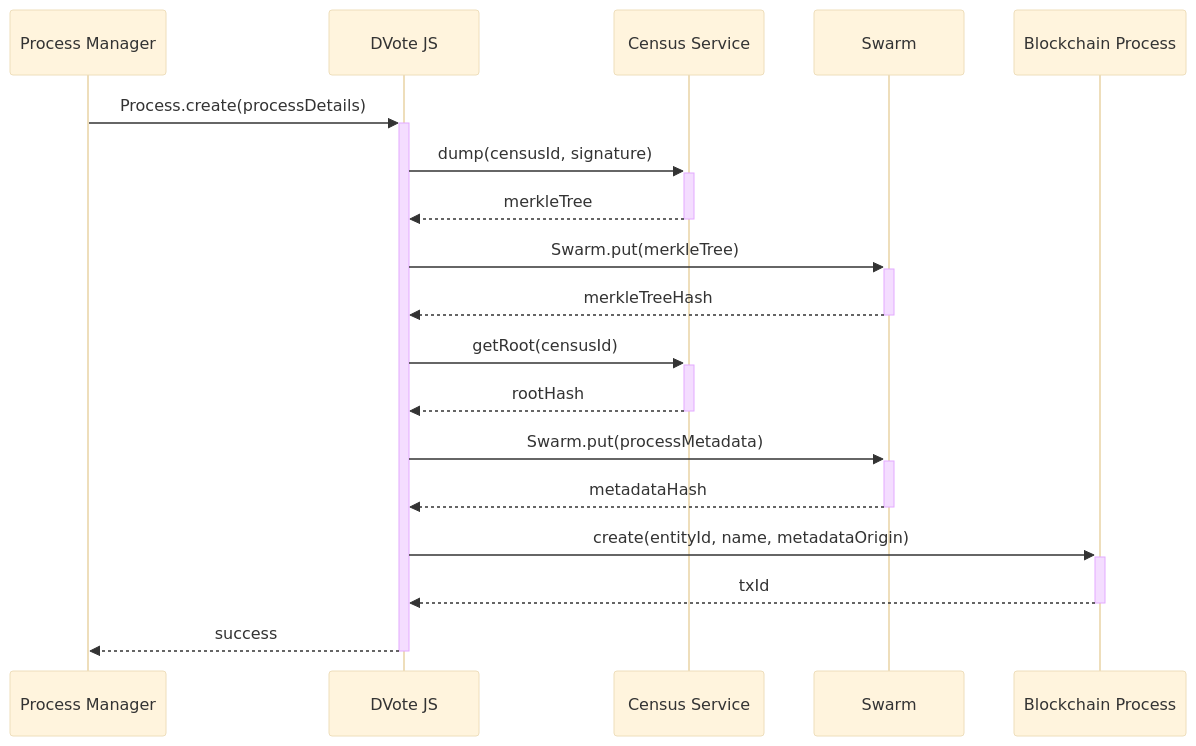
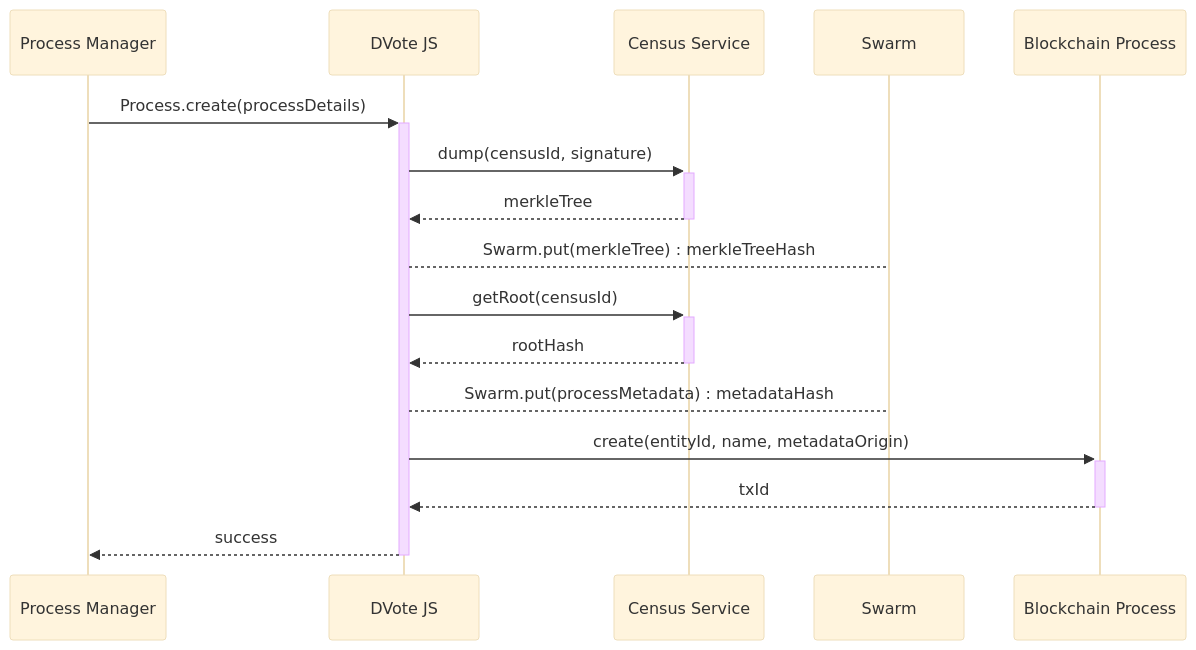
The seventh of 12 diagrams in docs/protocol/sequence-diagrams.md (vocdoni/docs), drawn with Mermaid (base theme) before and after one commit. The commit also changed other lines of this file and 2 other files, not shown here.

````diff
--- a/docs/protocol/sequence-diagrams.md
+++ b/docs/protocol/sequence-diagrams.md
@@ -178,28 +178,26 @@
 ```mermaid
 sequenceDiagram
     participant PM as Process Manager
     participant DV as DVote JS
     participant CS as Census Service
     participant SW as Swarm
     participant BC as Blockchain Process
 
     PM->>+DV: Process.create(processDetails)
 
         DV->>+CS: dump(censusId, signature)
         CS-->>-DV: merkleTree
 
-        DV->>+SW: Swarm.put(merkleTree)
-        SW-->>-DV: merkleTreeHash
+        DV-->SW: Swarm.put(merkleTree) : merkleTreeHash
 
         DV->>+CS: getRoot(censusId)
         CS-->>-DV: rootHash
 
-        DV->>+SW: Swarm.put(processMetadata)
-        SW-->>-DV: metadataHash
+        DV-->SW: Swarm.put(processMetadata) : metadataHash
 
         DV->>+BC: create(entityId, name, metadataOrigin)
         BC-->>-DV: txId
 
     DV-->>-PM: success
 
 ```
````
